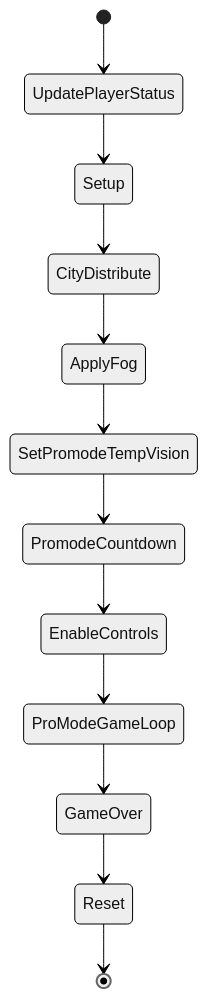
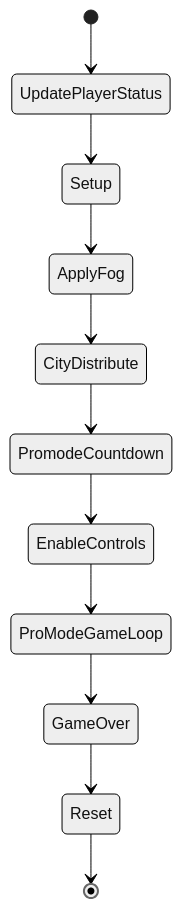
One commit to Warcraft-3-Risk/wc3-risk-system changed the third of 7 diagrams in website/public/game-guide-content/game-modes.md. Above: the diagram before and after it, drawn with Mermaid (neutral theme). The commit also changed other lines of this file and 19 other files, not shown here.

````diff
--- a/website/public/game-guide-content/game-modes.md
+++ b/website/public/game-guide-content/game-modes.md
@@ -98,14 +98,13 @@
 ```mermaid
 stateDiagram-v2
     [*] --> UpdatePlayerStatus
     UpdatePlayerStatus --> Setup
-    Setup --> CityDistribute
-    CityDistribute --> ApplyFog
-    ApplyFog --> SetPromodeTempVision
-    SetPromodeTempVision --> PromodeCountdown
+    Setup --> ApplyFog
+    ApplyFog --> CityDistribute
+    CityDistribute --> PromodeCountdown
     PromodeCountdown --> EnableControls
     EnableControls --> ProModeGameLoop
     ProModeGameLoop --> GameOver
     GameOver --> Reset
     Reset --> [*]
 ```
````
